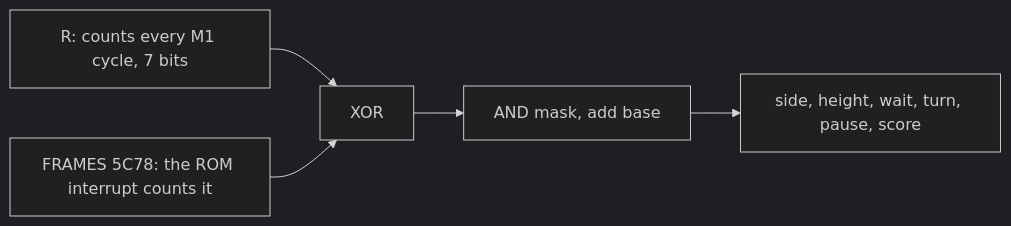
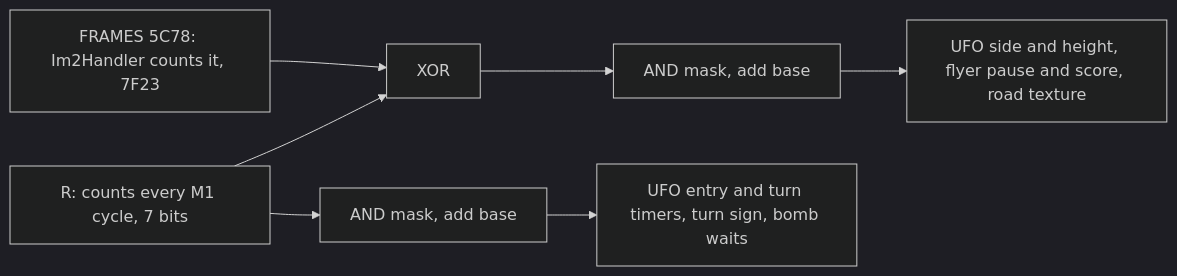
Diagram 11 of 12 in games/moon-patrol/docs/07-objects.md (alfishe/unrealng-reverse-cases), drawn with Mermaid (dark theme) before and after one commit. The commit also changed other lines of this file and 31 other files, not shown here.

````diff
--- a/games/moon-patrol/docs/07-objects.md
+++ b/games/moon-patrol/docs/07-objects.md
@@ -678,6 +726,7 @@
 ```mermaid
 flowchart LR
     R[R: counts every M1 cycle, 7 bits] --> X[XOR]
-    F[FRAMES 5C78: the ROM interrupt counts it] --> X
-    X --> M[AND mask, add base] --> U[side, height, wait, turn, pause, score]
+    F[FRAMES 5C78: Im2Handler counts it, 7F23] --> X
+    X --> M[AND mask, add base] --> U[UFO side and height, flyer pause and score, road texture]
+    R --> N[AND mask, add base] --> V[UFO entry and turn timers, turn sign, bomb waits]
 ```
````
